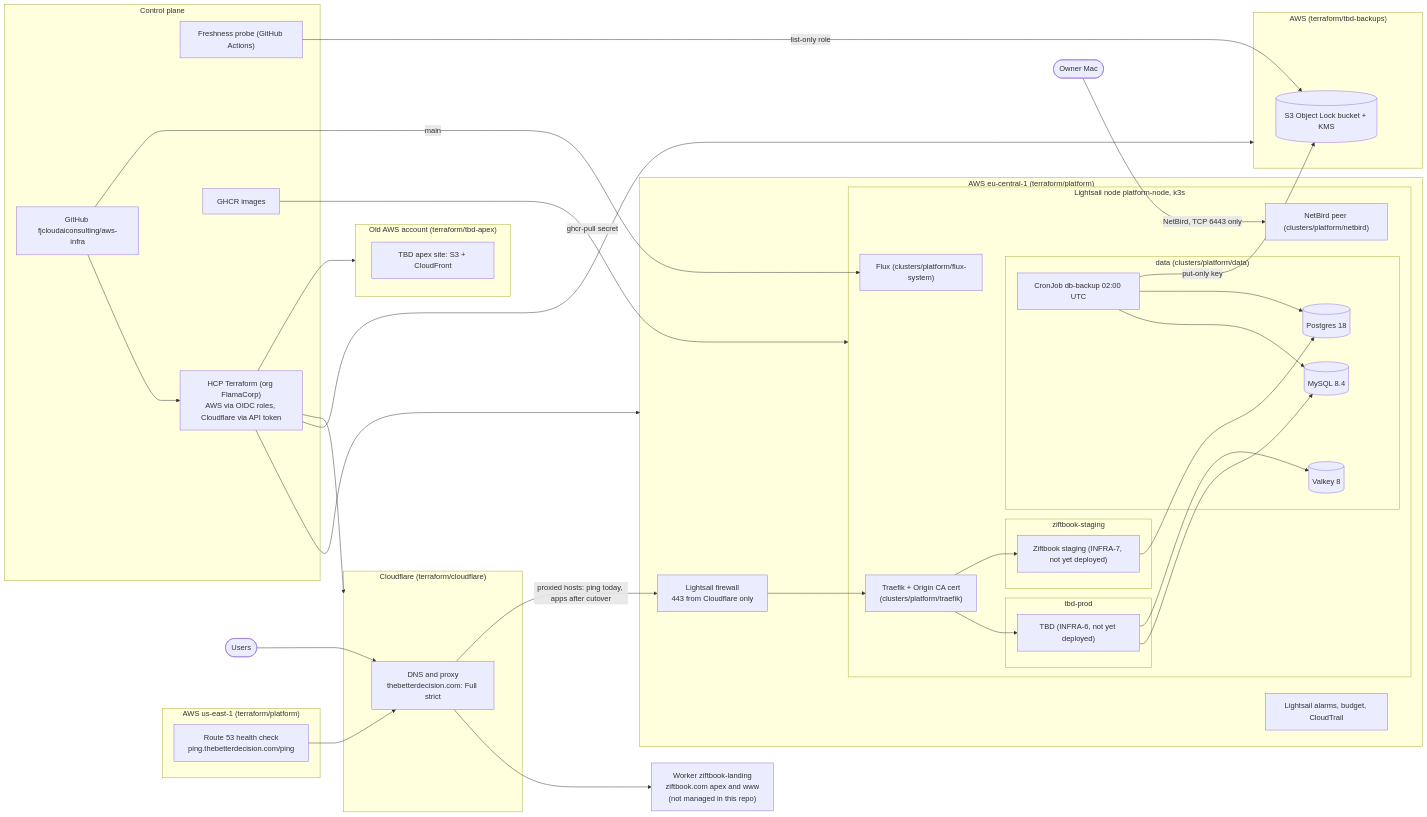
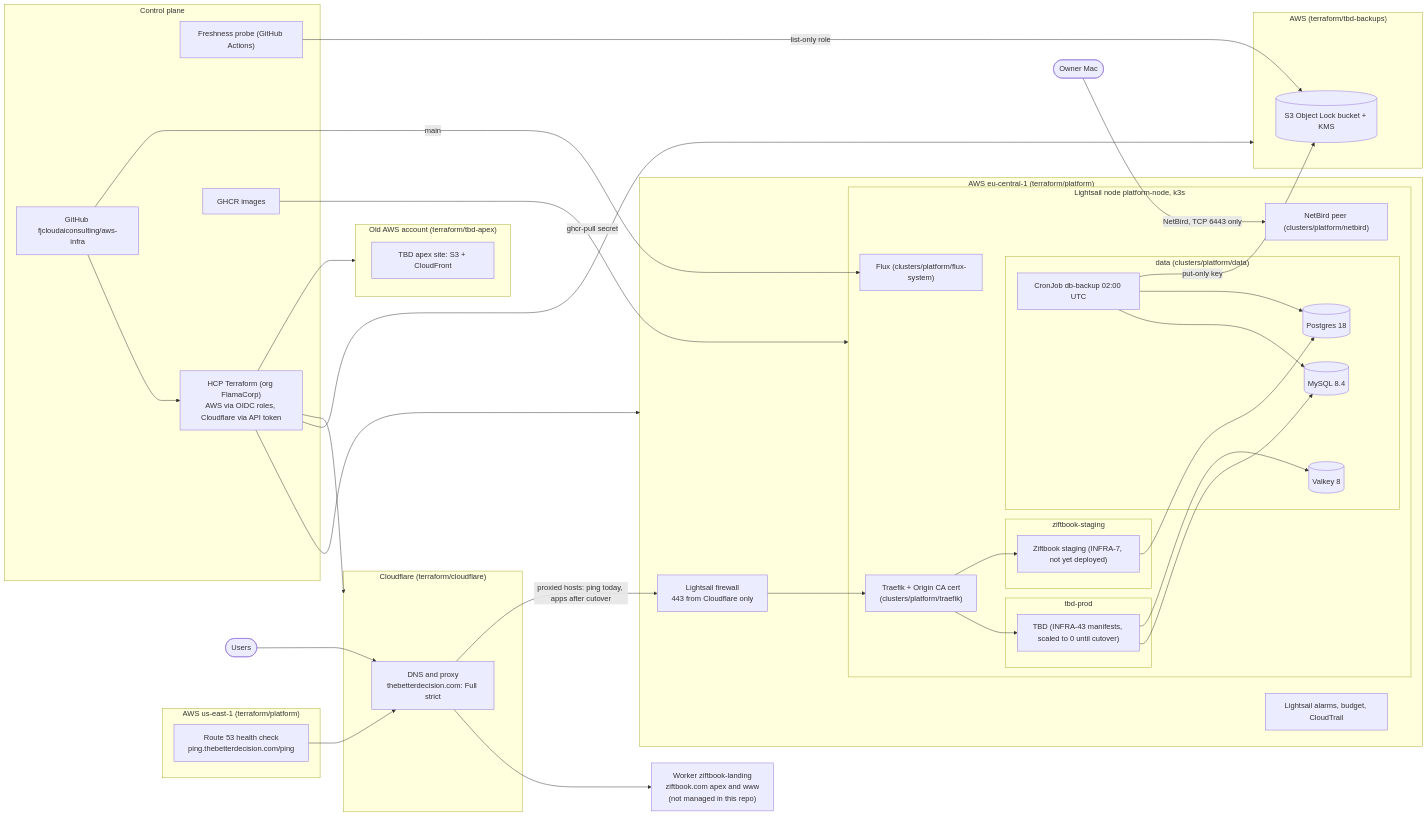
The diagram in docs/architecture.md (fjcloudaiconsulting/aws-infra), drawn with Mermaid before and after one commit. The commit also changed other lines of this file and 6 other files, not shown here.

First line of the commit message:
feat(clusters): tbd-prod backend, frontend and scheduler, scaled to 0 until cutover (INFRA-43)

````diff
--- a/docs/architecture.md
+++ b/docs/architecture.md
@@ -7,63 +7,63 @@
 ```mermaid
 flowchart LR
   user([Users]) --> cf
 
   subgraph cloudflare["Cloudflare (terraform/cloudflare)"]
     cf["DNS and proxy<br/>thebetterdecision.com: Full strict"]
   end
   worker["Worker ziftbook-landing<br/>ziftbook.com apex and www<br/>(not managed in this repo)"]
   cf --> worker
 
   subgraph aws_platform["AWS eu-central-1 (terraform/platform)"]
     fw["Lightsail firewall<br/>443 from Cloudflare only"]
     subgraph node["Lightsail node platform-node, k3s"]
       traefik["Traefik + Origin CA cert<br/>(clusters/platform/traefik)"]
       subgraph ns_tbd["tbd-prod"]
-        tbdapp["TBD (INFRA-6, not yet deployed)"]
+        tbdapp["TBD (INFRA-43 manifests, scaled to 0 until cutover)"]
       end
       subgraph ns_zif["ziftbook-staging"]
         zifapp["Ziftbook staging (INFRA-7, not yet deployed)"]
       end
       subgraph ns_data["data (clusters/platform/data)"]
         mysql[("MySQL 8.4")]
         postgres[("Postgres 18")]
         valkey[("Valkey 8")]
         backup["CronJob db-backup 02:00 UTC"]
       end
       flux["Flux (clusters/platform/flux-system)"]
       netbird["NetBird peer (clusters/platform/netbird)"]
     end
     alarms["Lightsail alarms, budget, CloudTrail"]
   end
   cf -->|"proxied hosts: ping today, apps after cutover"| fw --> traefik
   traefik --> tbdapp & zifapp
   tbdapp --> mysql & valkey
   zifapp --> postgres
   backup --> mysql & postgres
 
   subgraph aws_backups["AWS (terraform/tbd-backups)"]
     bucket[("S3 Object Lock bucket + KMS")]
   end
   backup -->|"put-only key"| bucket
   probe -->|"list-only role"| bucket
 
   subgraph useast["AWS us-east-1 (terraform/platform)"]
     hc["Route 53 health check<br/>ping.thebetterdecision.com/ping"]
   end
   hc --> cf
 
   subgraph oldacct["Old AWS account (terraform/tbd-apex)"]
     apex["TBD apex site: S3 + CloudFront"]
   end
 
   subgraph control["Control plane"]
     gh["GitHub fjcloudaiconsulting/aws-infra"]
     tfc["HCP Terraform (org FlamaCorp)<br/>AWS via OIDC roles, Cloudflare via API token"]
     ghcr["GHCR images"]
     probe["Freshness probe (GitHub Actions)"]
   end
   gh --> tfc --> aws_platform & aws_backups & cloudflare & oldacct
   gh -->|"main"| flux
   ghcr -->|"ghcr-pull secret"| node
   owner([Owner Mac]) -->|"NetBird, TCP 6443 only"| netbird
 ```
````
